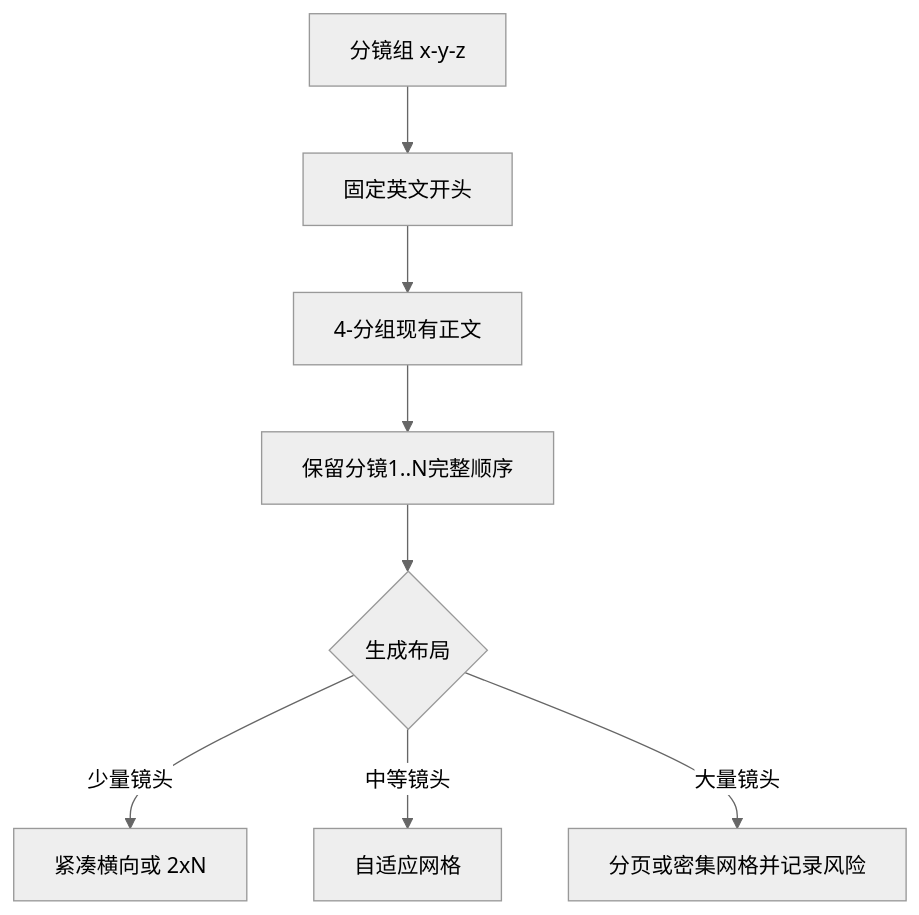
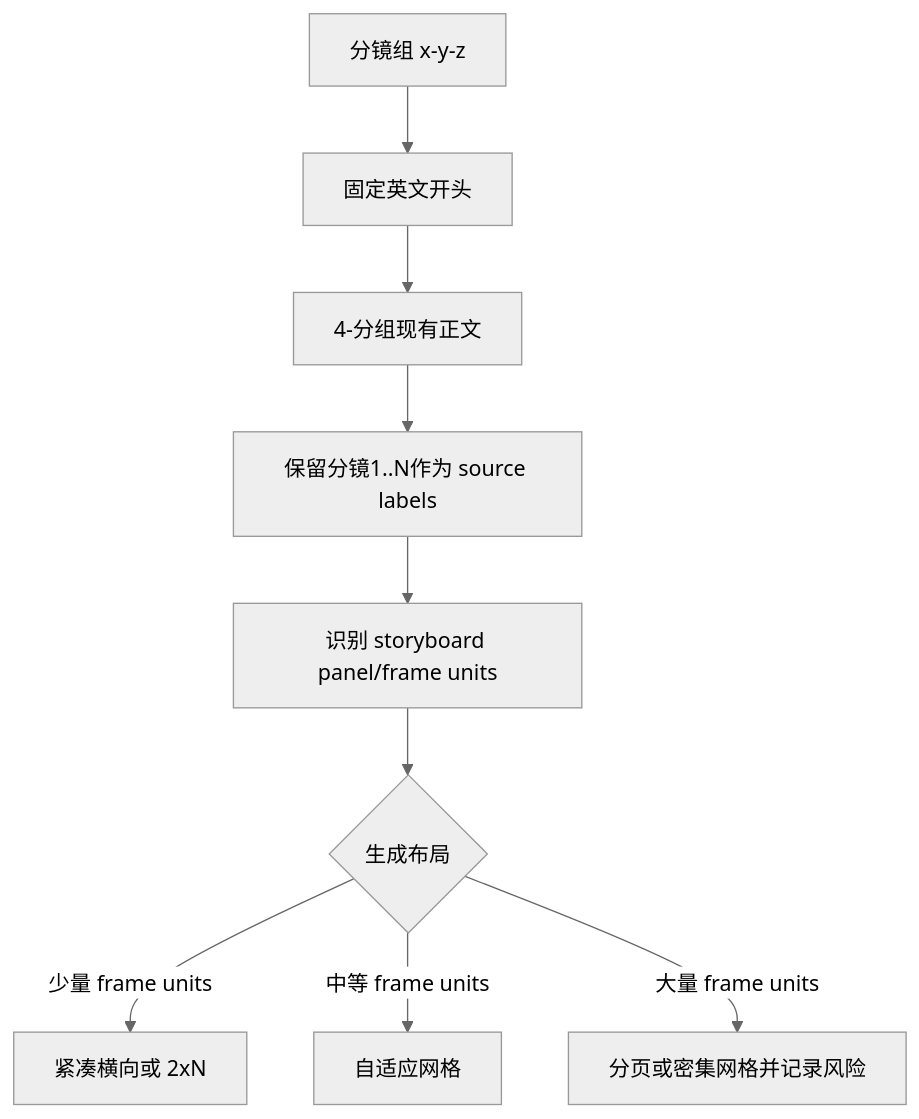
The second of 3 diagrams in .agents/skills/aigc/6-图像/B-分镜故事板/SKILL.md (ZEN-VOID/AI-CUT), drawn with Mermaid (neutral theme) before and after one commit. The commit also changed other lines of this file and 129 other files, not shown here.

````diff
--- a/.agents/skills/aigc/6-图像/B-分镜故事板/SKILL.md
+++ b/.agents/skills/aigc/6-图像/B-分镜故事板/SKILL.md
@@ -102,10 +106,11 @@
 ```mermaid
 flowchart TD
     A["分镜组 x-y-z"] --> B["固定英文开头"]
     B --> C["4-分组现有正文"]
-    C --> D["保留分镜1..N完整顺序"]
-    D --> E{"生成布局"}
-    E -->|"少量镜头"| F["紧凑横向或 2xN"]
-    E -->|"中等镜头"| G["自适应网格"]
-    E -->|"大量镜头"| H["分页或密集网格并记录风险"]
+    C --> D["保留分镜1..N作为 source labels"]
+    D --> I["识别 storyboard panel/frame units"]
+    I --> E{"生成布局"}
+    E -->|"少量 frame units"| F["紧凑横向或 2xN"]
+    E -->|"中等 frame units"| G["自适应网格"]
+    E -->|"大量 frame units"| H["分页或密集网格并记录风险"]
 ```
````
